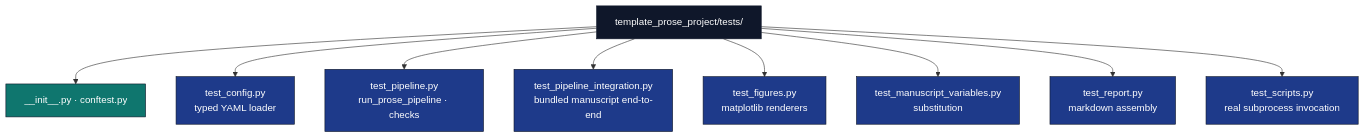
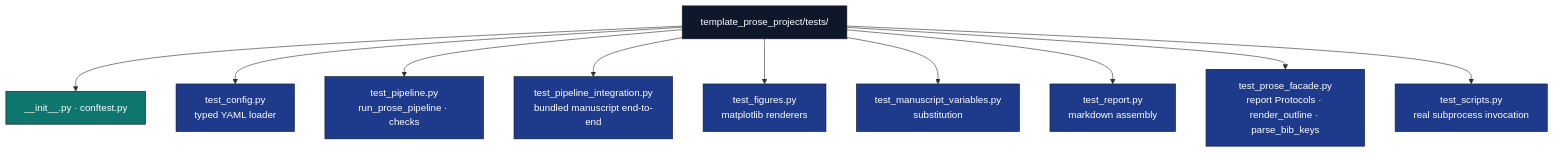
One commit to docxology/template changed the diagram in projects/templates/template_prose_project/tests/AGENTS.md. Above: the diagram before and after it, drawn with Mermaid. The commit also changed 196 other files, not shown here.

````diff
--- a/projects/templates/template_prose_project/tests/AGENTS.md
+++ b/projects/templates/template_prose_project/tests/AGENTS.md
@@ -7,19 +7,20 @@
 ```mermaid
 flowchart TB
     T[template_prose_project/tests/]
     T --> META[__init__.py · conftest.py]
     T --> CFG[test_config.py<br/>typed YAML loader]
     T --> PIPE[test_pipeline.py<br/>run_prose_pipeline · checks]
     T --> INTEG[test_pipeline_integration.py<br/>bundled manuscript end-to-end]
     T --> FIG[test_figures.py<br/>matplotlib renderers]
     T --> MV[test_manuscript_variables.py<br/>substitution]
     T --> REP[test_report.py<br/>markdown assembly]
+    T --> PF[test_prose_facade.py<br/>report Protocols · render_outline · parse_bib_keys]
     T --> SCR[test_scripts.py<br/>real subprocess invocation]
 
     classDef d fill:#0f172a,stroke:#0f172a,color:#fff
     classDef code fill:#1e3a8a,stroke:#0f172a,color:#fff
     classDef doc fill:#0f766e,stroke:#0f172a,color:#fff
     class T d
-    class CFG,PIPE,INTEG,FIG,MV,REP,SCR code
+    class CFG,PIPE,INTEG,FIG,MV,REP,PF,SCR code
     class META doc
 ```
````
